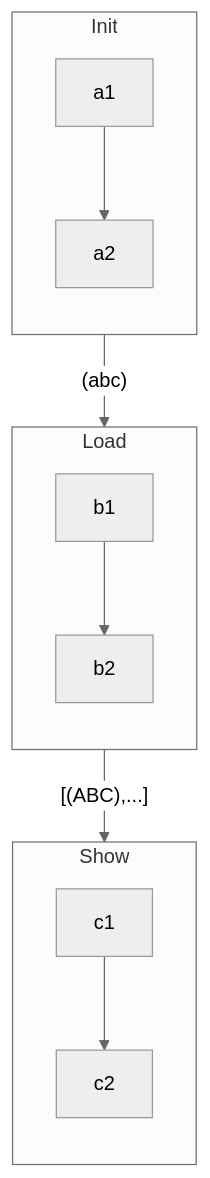
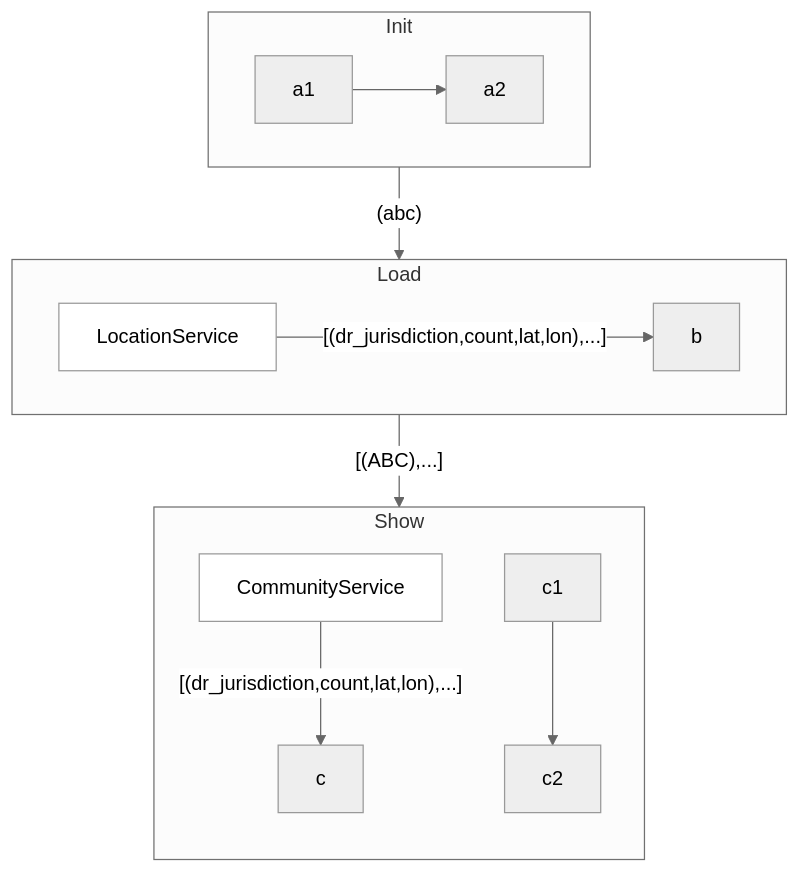
Before and after one commit to Wilfongjt/lb-A: the first of 3 diagrams in README.md, drawn with Mermaid (neutral theme). The commit also changed other lines of this file, not shown here.

````diff
--- a/README.md
+++ b/README.md
@@ -6,23 +6,28 @@
 ```mermaid
 flowchart TB
+    classDef service fill:#fff;
+    CommunityService:::service
+    LocationService:::service
     
     subgraph Init
-      direction TB
+      direction LR
       a1-->a2
     end
     
     subgraph Load
-      direction TB
-      b1-->b2
+      
+      LocationService --> |"[(dr_jurisdiction,count,lat,lon),...]"| b
     end
     
     subgraph Show
       direction TB
+      CommunityService --> |"[(dr_jurisdiction,count,lat,lon),...]"| c
+
       c1-->c2
     end
     
     Init --> |"(abc)"| Load
     Load --> |"[(ABC),...]"| Show
     
     
 ```
````
